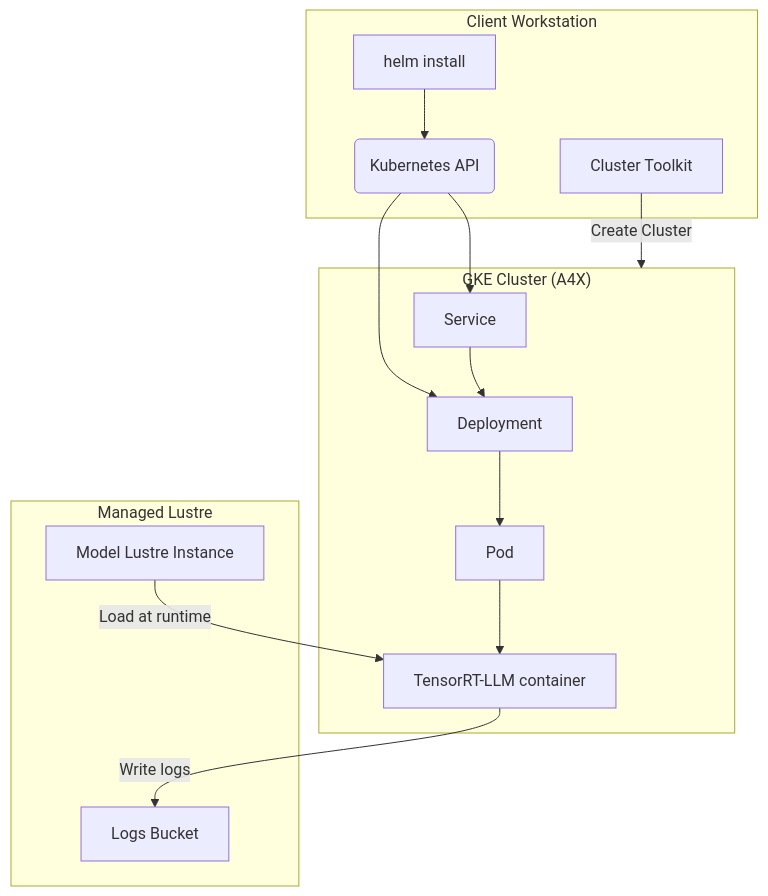
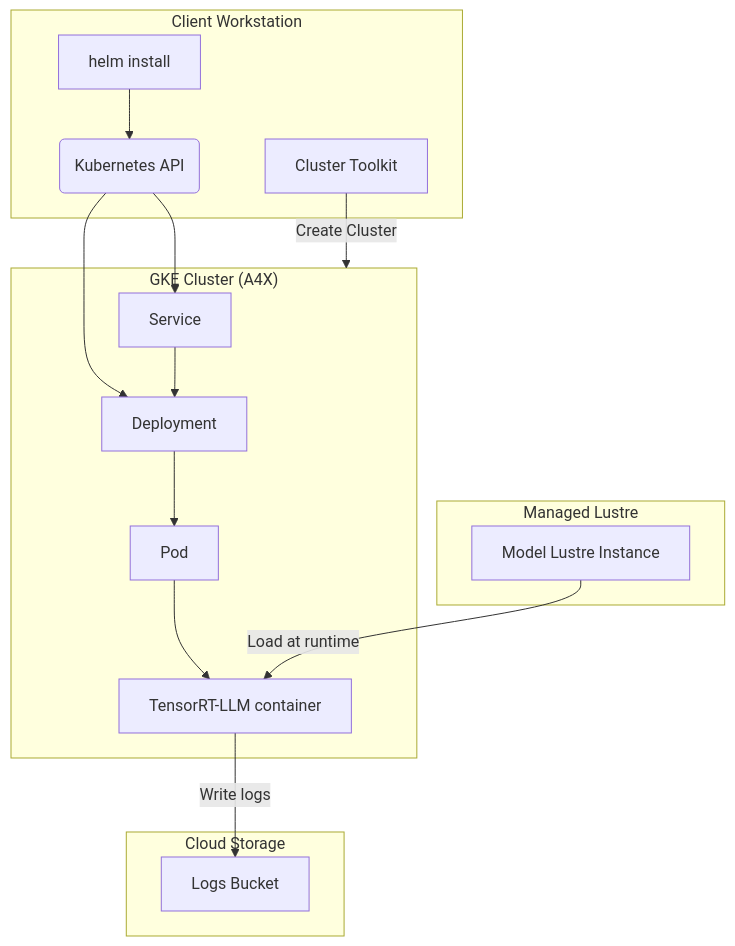
The diagram in inference/a4x/single-host-serving/tensorrt-llm-lustre/README.md (AI-Hypercomputer/gpu-recipes), drawn with Mermaid before and after one commit. The commit also changed other lines of this file and 1 other file, not shown here.

````diff
--- a/inference/a4x/single-host-serving/tensorrt-llm-lustre/README.md
+++ b/inference/a4x/single-host-serving/tensorrt-llm-lustre/README.md
@@ -64,38 +64,38 @@
 ```mermaid
 ---
 config:
   layout: dagre
 ---
 flowchart TD
  subgraph workstation["Client Workstation"]
     T["Cluster Toolkit"]
     B("Kubernetes API")
     A["helm install"]
   end
  subgraph gke["GKE Cluster (A4X)"]
     C["Deployment"]
     D["Pod"]
     E["TensorRT-LLM container"]
     F["Service"]
   end
- subgraph storage["Managed Lustre"]
+ subgraph lustre["Managed Lustre"]
     G["Model Lustre Instance"]
   end
- subgraph storage["Cloud Storage"]
+ subgraph gcs["Cloud Storage"]
     H["Logs Bucket"]
   end
 
     %% Logical/actual flow
     T -- Create Cluster --> gke
     A --> B
     B --> C & F
     C --> D
     D --> E
     F --> C
     G -- Load at runtime --> E
     E -- Write logs --> H
 
 
     %% Layout control
     gke
 ```
````
